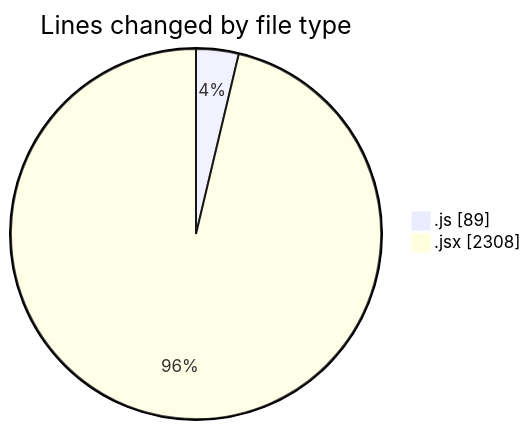
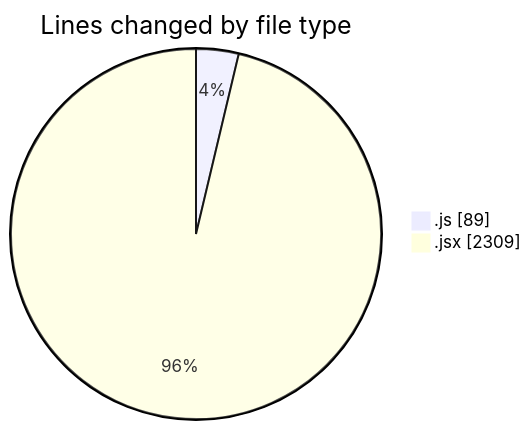
One commit to nxtqubesakshisongat/code-tracking changed the first of 2 diagrams in 2025-05-03/nxtqube_webapp/README.md. Above: the diagram before and after it, drawn with Mermaid. The commit also changed other lines of this file and 1 other file, not shown here.

````diff
--- a/2025-05-03/nxtqube_webapp/README.md
+++ b/2025-05-03/nxtqube_webapp/README.md
@@ -23,6 +23,6 @@
 ```mermaid
 pie showData
 title Lines changed by file type
 ".js" : 89
-".jsx" : 2308
+".jsx" : 2309
 ```
````
